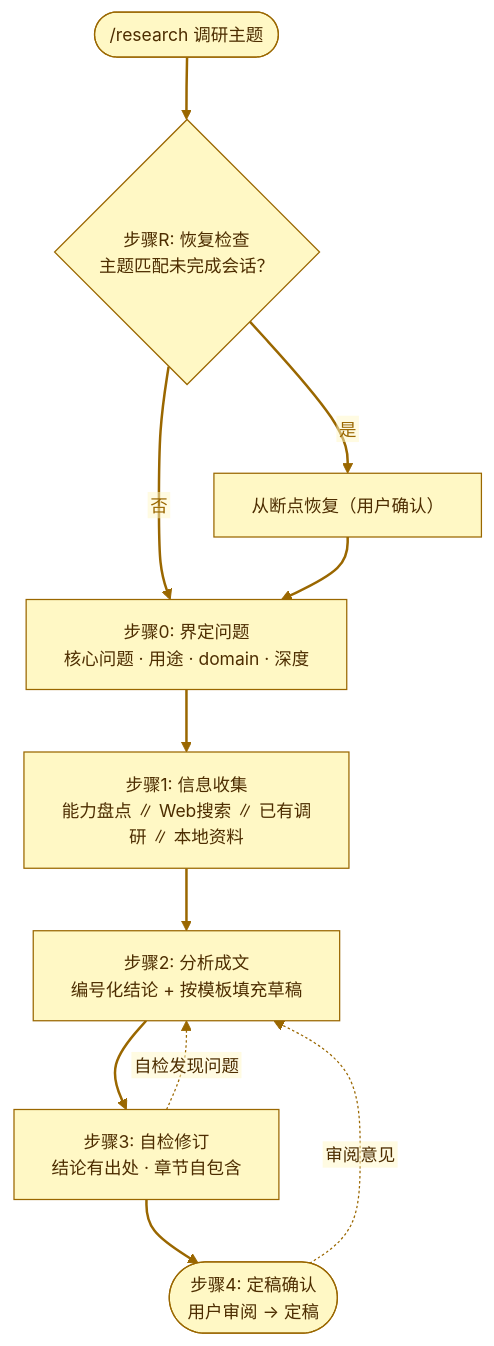
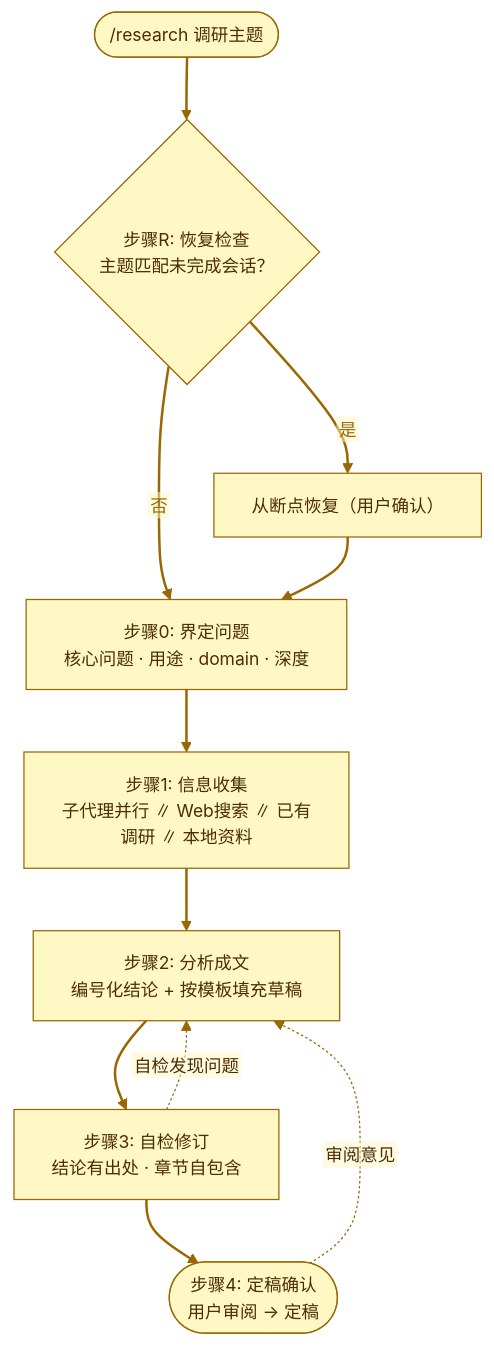
The diagram in 05-research/README.md (Heifetz1901/spec), drawn with Mermaid before and after one commit. The commit also changed other lines of this file and 8 other files, not shown here.

````diff
--- a/05-research/README.md
+++ b/05-research/README.md
@@ -61,17 +69,17 @@
 ```mermaid
 %%{init: { "theme": "base", "flowchart": { "htmlLabels": false }, "themeVariables": { "primaryColor": "#fff8c5", "primaryTextColor": "#4d2d00", "primaryBorderColor": "#9a6700", "lineColor": "#9a6700", "edgeLabelBackground": "#fff8c5", "fontSize": "14px" } } }%%
 flowchart TD
     Start(["/research 调研主题"]) --> R{"步骤R: 恢复检查<br/>主题匹配未完成会话？"}
     R -- "否" --> S0["步骤0: 界定问题<br/>核心问题 · 用途 · domain · 深度"]
     R -- "是" --> Resume["从断点恢复（用户确认）"]
     Resume --> S0
-    S0 --> S1["步骤1: 信息收集<br/>能力盘点 ∥ Web搜索 ∥ 已有调研 ∥ 本地资料"]
+    S0 --> S1["步骤1: 信息收集<br/>子代理并行 ∥ Web搜索 ∥ 已有调研 ∥ 本地资料"]
     S1 --> S2["步骤2: 分析成文<br/>编号化结论 + 按模板填充草稿"]
     S2 --> S3["步骤3: 自检修订<br/>结论有出处 · 章节自包含"]
     S3 --> Done(["步骤4: 定稿确认<br/>用户审阅 → 定稿"])
 
     S3 -. "自检发现问题" .-> S2
     Done -. "审阅意见" .-> S2
 
     linkStyle 0,1,2,3,4,5,6,7 stroke:#9a6700,stroke-width:2px,color:#9a6700
 ```
````
